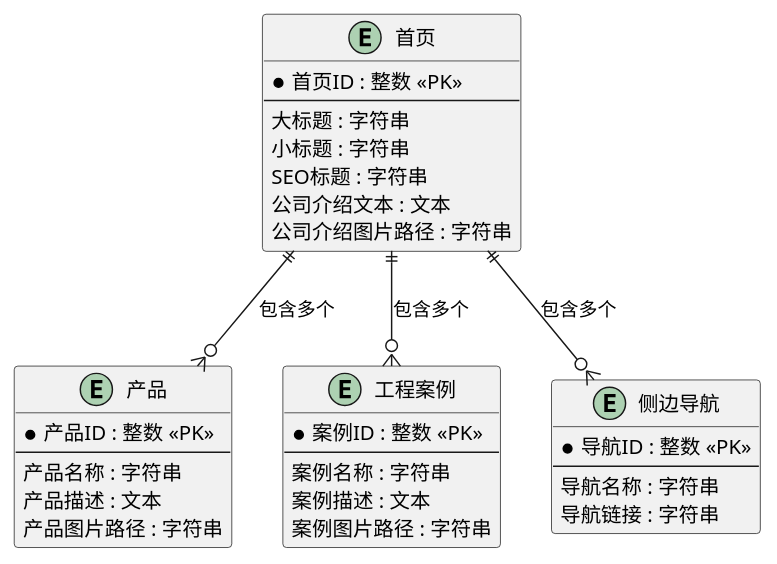
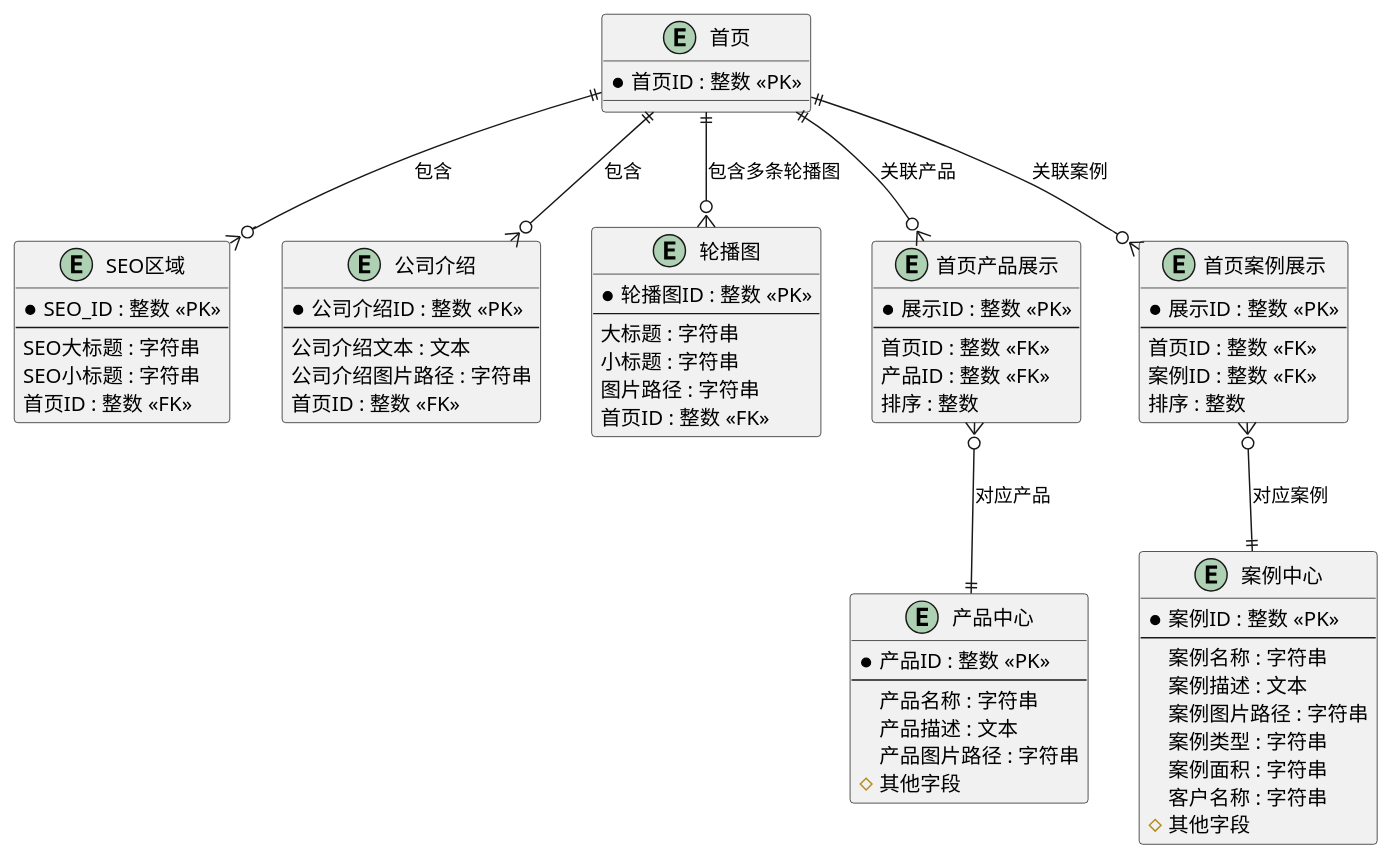
One commit to gumayusi1111/Recompany changed the diagram in frontend/docs/er图/home.puml. Above: the diagram before and after it, drawn with PlantUML. The commit also changed 31 other files, not shown here.

```diff
--- a/frontend/docs/er图/home.puml
+++ b/frontend/docs/er图/home.puml
@@ -1,40 +1,78 @@
-@startuml 首页
+@startuml home
 
 entity "首页" as Homepage {
   * 首页ID : 整数 <<PK>>
+}
+
+entity "SEO区域" as HomepageSEO {
+  * SEO_ID : 整数 <<PK>>
+  --
+  SEO大标题 : 字符串
+  SEO小标题 : 字符串
+  首页ID : 整数 <<FK>>
+}
+
+entity "公司介绍" as CompanyIntro {
+  * 公司介绍ID : 整数 <<PK>>
+  --
+  公司介绍文本 : 文本
+  公司介绍图片路径 : 字符串
+  首页ID : 整数 <<FK>>
+}
+
+entity "轮播图" as BannerSlide {
+  * 轮播图ID : 整数 <<PK>>
   --
   大标题 : 字符串
   小标题 : 字符串
-  SEO标题 : 字符串
-  公司介绍文本 : 文本
-  公司介绍图片路径 : 字符串
+  图片路径 : 字符串
+  首页ID : 整数 <<FK>>
 }
 
-entity "产品" as Product {
+entity "首页产品展示" as HomepageProduct {
+  * 展示ID : 整数 <<PK>>
+  --
+  首页ID : 整数 <<FK>>
+  产品ID : 整数 <<FK>>
+  排序 : 整数
+}
+
+entity "首页案例展示" as HomepageCase {
+  * 展示ID : 整数 <<PK>>
+  --
+  首页ID : 整数 <<FK>>
+  案例ID : 整数 <<FK>>
+  排序 : 整数
+}
+
+entity "产品中心" as ProductCenter {
   * 产品ID : 整数 <<PK>>
   --
   产品名称 : 字符串
   产品描述 : 文本
   产品图片路径 : 字符串
+  # 其他字段
 }
 
-entity "工程案例" as EngineeringCase {
+entity "案例中心" as EngineeringCaseCenter {
   * 案例ID : 整数 <<PK>>
   --
   案例名称 : 字符串
   案例描述 : 文本
   案例图片路径 : 字符串
+  案例类型 : 字符串
+  案例面积 : 字符串
+  客户名称 : 字符串
+  # 其他字段
 }
 
-entity "侧边导航" as SideNavigation {
-  * 导航ID : 整数 <<PK>>
-  --
-  导航名称 : 字符串
-  导航链接 : 字符串
-}
+Homepage ||--o{ HomepageSEO : "包含"
+Homepage ||--o{ CompanyIntro : "包含"
+Homepage ||--o{ BannerSlide : "包含多条轮播图"
+Homepage ||--o{ HomepageProduct : "关联产品"
+Homepage ||--o{ HomepageCase : "关联案例"
 
-Homepage ||--o{ Product : "包含多个"
-Homepage ||--o{ EngineeringCase : "包含多个"
-Homepage ||--o{ SideNavigation : "包含多个"
+HomepageProduct }o--|| ProductCenter : "对应产品"
+HomepageCase }o--|| EngineeringCaseCenter : "对应案例"
 
 @enduml
```
